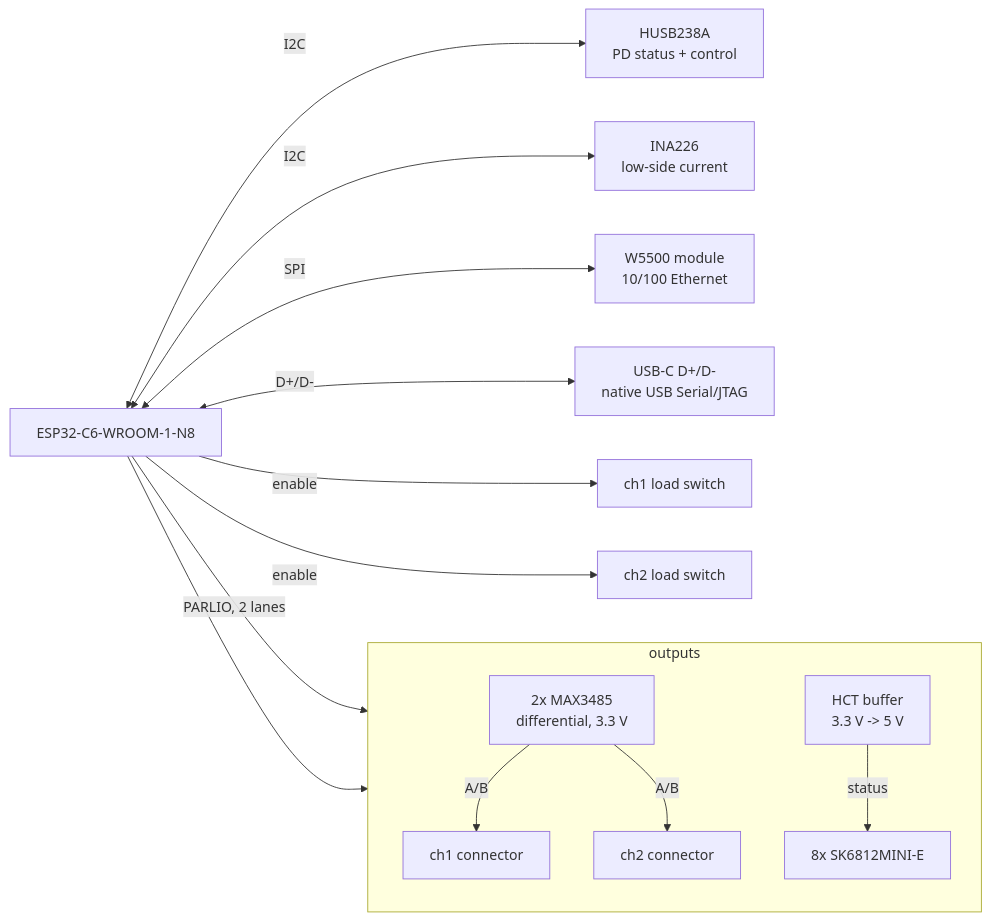
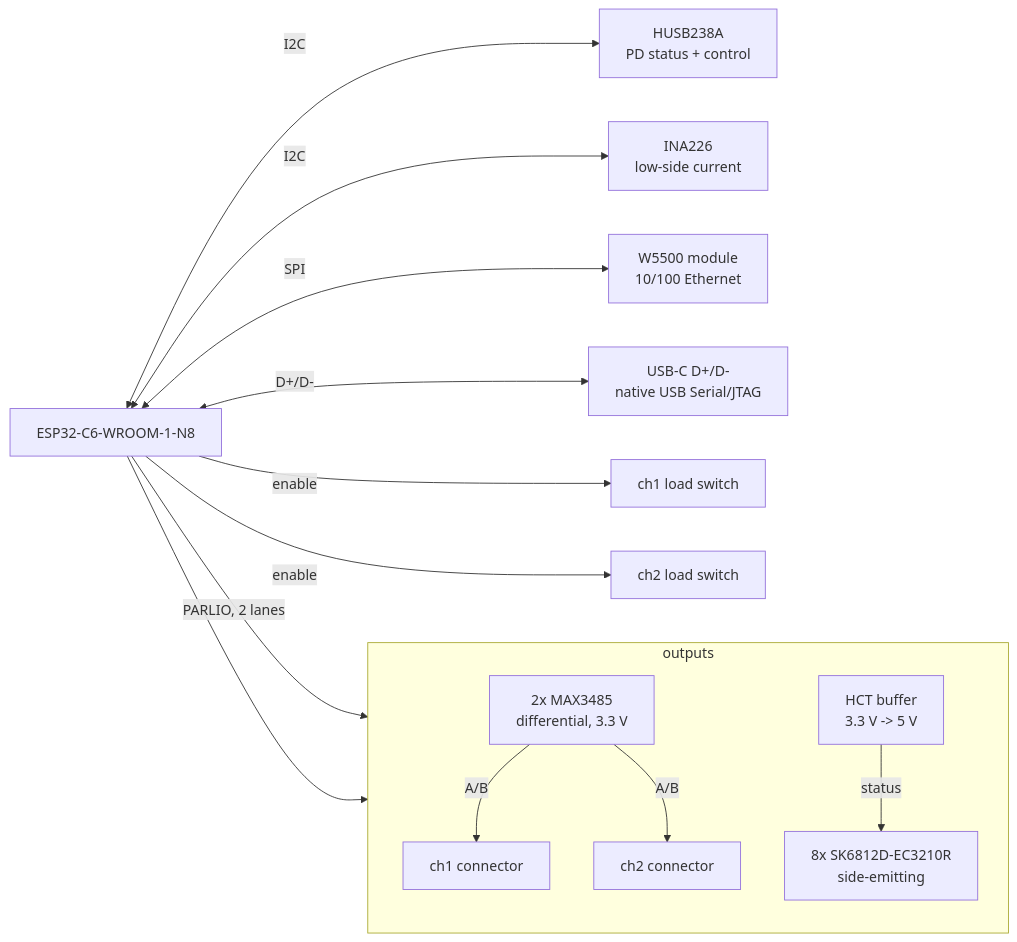
The second of 4 diagrams in designs/led-matrix-controller/README.md (lucsoft/pcb-design), drawn with Mermaid before and after one commit. The commit also changed other lines of this file and 4 other files, not shown here.

````diff
--- a/designs/led-matrix-controller/README.md
+++ b/designs/led-matrix-controller/README.md
@@ -105,29 +105,29 @@
 ```mermaid
 flowchart LR
     MCU["ESP32-C6-WROOM-1-N8"]
 
     PD["HUSB238A<br/>PD status + control"]
     INA["INA226<br/>low-side current"]
     ETH["W5500 module<br/>10/100 Ethernet"]
     USBD["USB-C D+/D-<br/>native USB Serial/JTAG"]
 
     subgraph OUTS["outputs"]
         direction TB
         RS485["2x MAX3485<br/>differential, 3.3 V"] -->|"A/B"| CN1["ch1 connector"]
         RS485 -->|"A/B"| CN2["ch2 connector"]
         BUF["HCT buffer<br/>3.3 V -> 5 V"]
-        BUF -->|status| LEDS["8x SK6812MINI-E"]
+        BUF -->|status| LEDS["8x SK6812D-EC3210R<br/>side-emitting"]
     end
 
     SW1["ch1 load switch"]
     SW2["ch2 load switch"]
 
     MCU <-->|I2C| PD
     MCU <-->|I2C| INA
     MCU <-->|SPI| ETH
     MCU <-->|"D+/D-"| USBD
     MCU -->|"PARLIO, 2 lanes"| RS485
     MCU --> BUF
     MCU -->|enable| SW1
     MCU -->|enable| SW2
 ```
````
